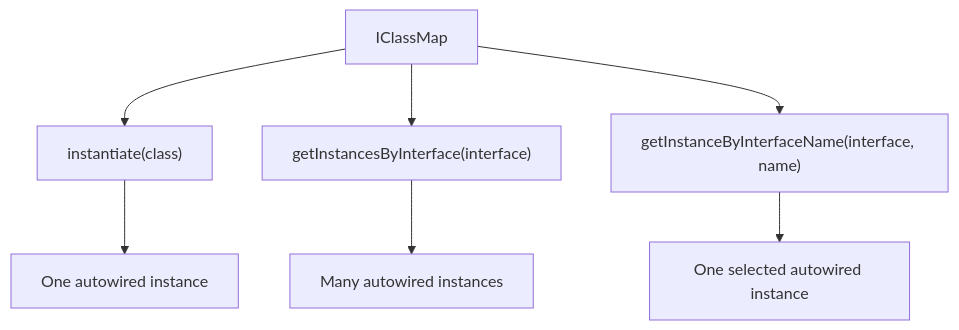
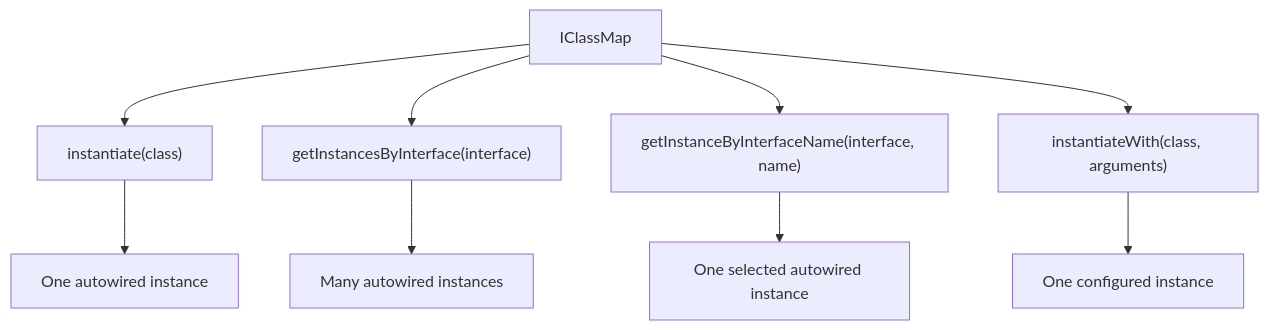
One commit to ddbase3/Base3Framework changed the third of 5 diagrams in docs/dependency-injection.md. Above: the diagram before and after it, drawn with Mermaid. The commit also changed other lines of this file and 11 other files, not shown here.

````diff
--- a/docs/dependency-injection.md
+++ b/docs/dependency-injection.md
@@ -425,9 +443,11 @@
 ```mermaid
 flowchart TD
 	A["IClassMap"] --> B["instantiate(class)"]
 	A --> C["getInstancesByInterface(interface)"]
 	A --> D["getInstanceByInterfaceName(interface, name)"]
+	A --> H["instantiateWith(class, arguments)"]
 	B --> E["One autowired instance"]
 	C --> F["Many autowired instances"]
 	D --> G["One selected autowired instance"]
+	H --> I["One configured instance"]
 ```
````
